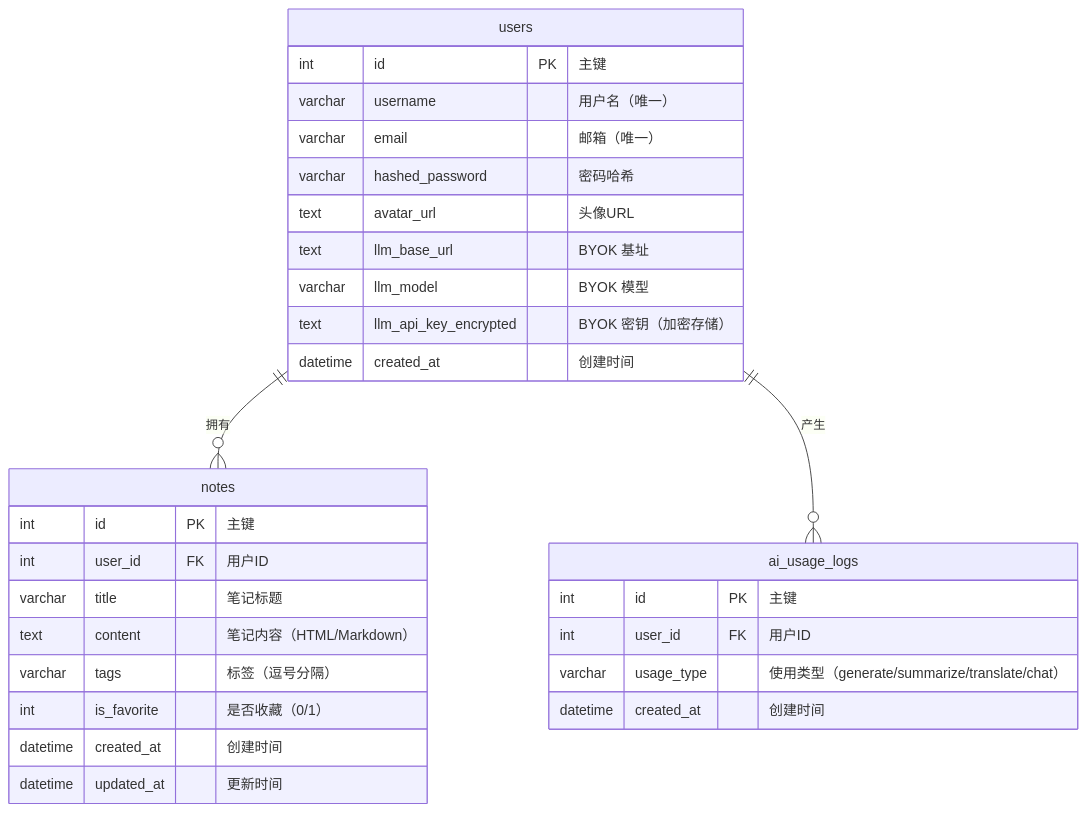
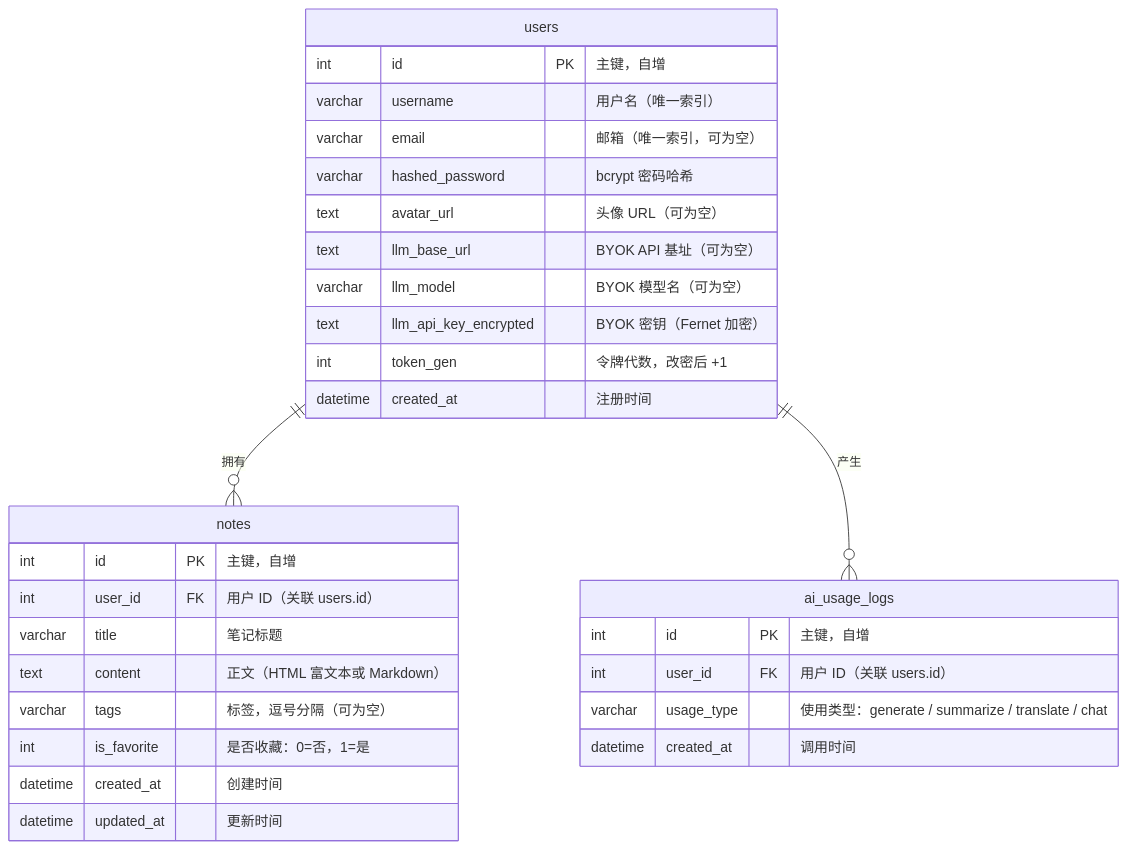
Before and after one commit to pmlpl/note-takingAssistant: the diagram in docs/er-diagram.md, drawn with Mermaid. The commit also changed other lines of this file and 48 other files, not shown here.

First line of the commit message:
feat(v1.1.0): 知识图谱 + GitHub OAuth + 邮箱验证码登录 + 账号绑定管理

````diff
--- a/docs/er-diagram.md
+++ b/docs/er-diagram.md
@@ -3,35 +3,36 @@
 ```mermaid
 erDiagram
     users {
-        int id PK "主键"
-        varchar username "用户名（唯一）"
-        varchar email "邮箱（唯一）"
-        varchar hashed_password "密码哈希"
-        text avatar_url "头像URL"
-        text llm_base_url "BYOK 基址"
-        varchar llm_model "BYOK 模型"
-        text llm_api_key_encrypted "BYOK 密钥（加密存储）"
-        datetime created_at "创建时间"
+        int id PK "主键，自增"
+        varchar username "用户名（唯一索引）"
+        varchar email "邮箱（唯一索引，可为空）"
+        varchar hashed_password "bcrypt 密码哈希"
+        text avatar_url "头像 URL（可为空）"
+        text llm_base_url "BYOK API 基址（可为空）"
+        varchar llm_model "BYOK 模型名（可为空）"
+        text llm_api_key_encrypted "BYOK 密钥（Fernet 加密）"
+        int token_gen "令牌代数，改密后 +1"
+        datetime created_at "注册时间"
     }
 
     notes {
-        int id PK "主键"
-        int user_id FK "用户ID"
+        int id PK "主键，自增"
+        int user_id FK "用户 ID（关联 users.id）"
         varchar title "笔记标题"
-        text content "笔记内容（HTML/Markdown）"
-        varchar tags "标签（逗号分隔）"
-        int is_favorite "是否收藏（0/1）"
+        text content "正文（HTML 富文本或 Markdown）"
+        varchar tags "标签，逗号分隔（可为空）"
+        int is_favorite "是否收藏：0=否，1=是"
         datetime created_at "创建时间"
         datetime updated_at "更新时间"
     }
 
     ai_usage_logs {
-        int id PK "主键"
-        int user_id FK "用户ID"
-        varchar usage_type "使用类型（generate/summarize/translate/chat）"
-        datetime created_at "创建时间"
+        int id PK "主键，自增"
+        int user_id FK "用户 ID（关联 users.id）"
+        varchar usage_type "使用类型：generate / summarize / translate / chat"
+        datetime created_at "调用时间"
     }
 
     users ||--o{ notes : "拥有"
     users ||--o{ ai_usage_logs : "产生"
 ```
````
